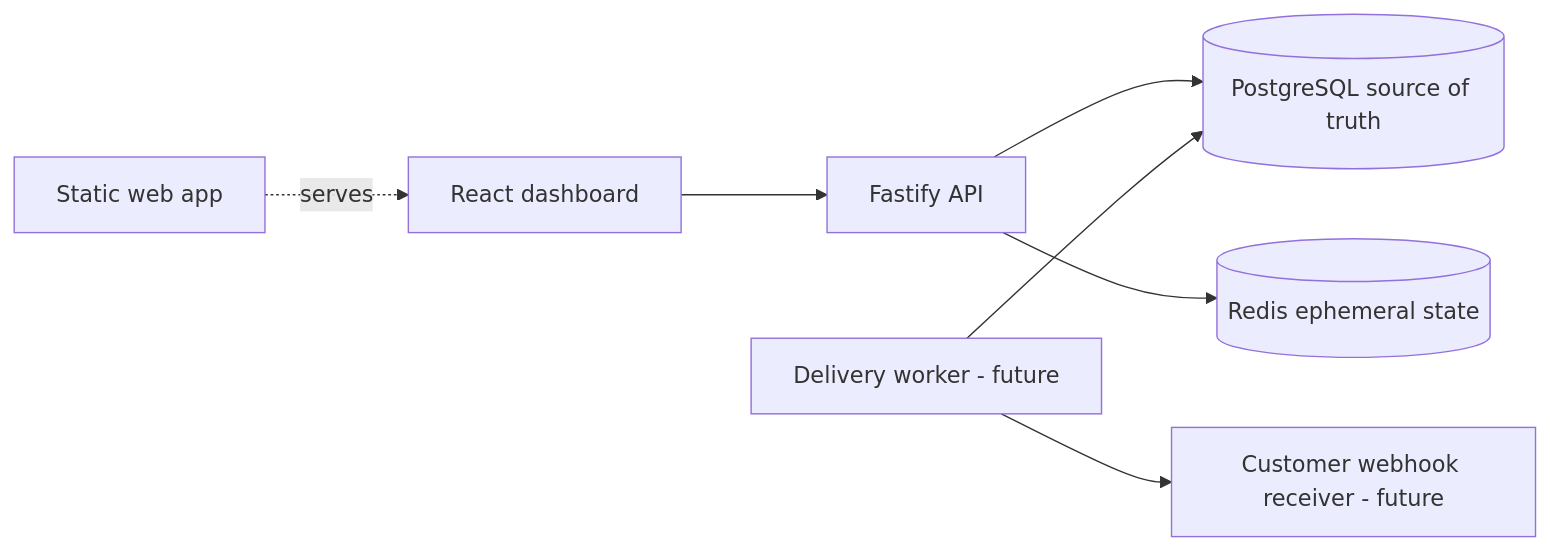
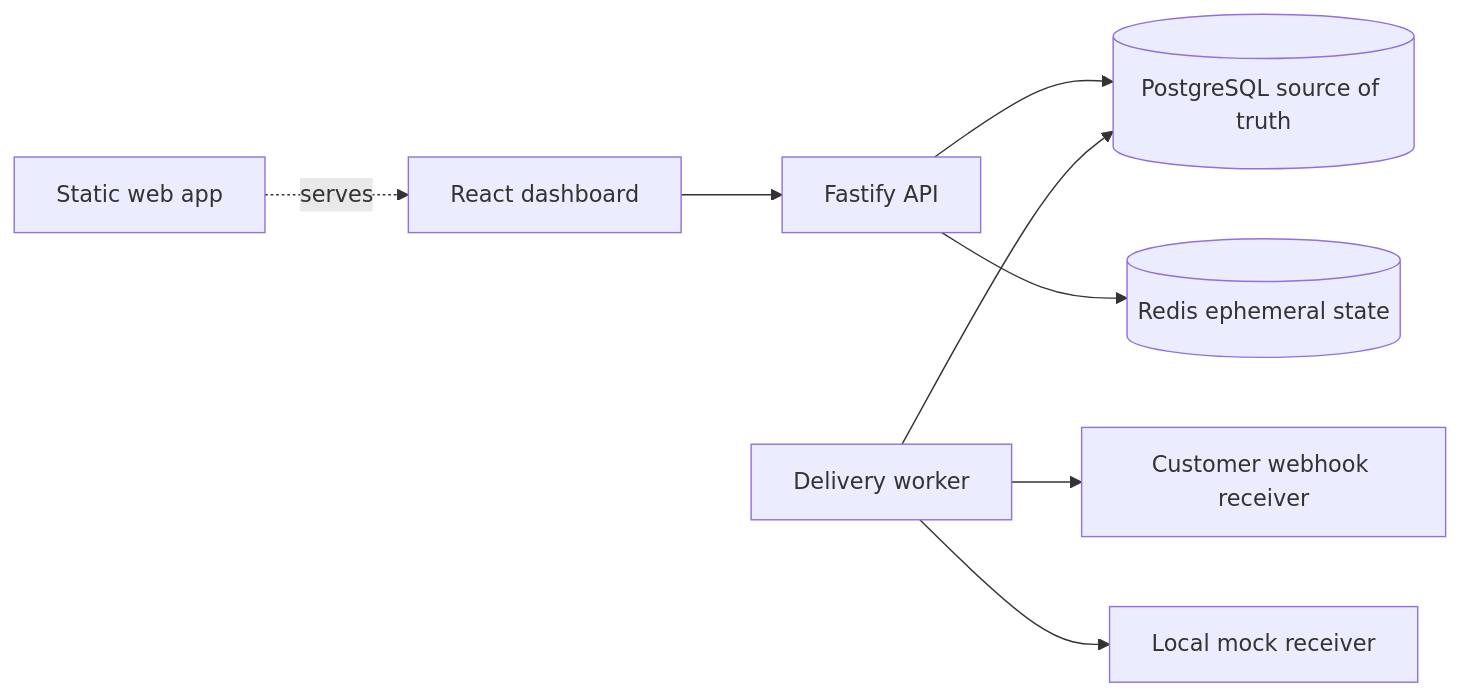
Before and after one commit to prajexec/HookForge: the first of 8 diagrams in docs/architecture/diagrams.md, drawn with Mermaid. The commit also changed other lines of this file and 51 other files, not shown here.

````diff
--- a/docs/architecture/diagrams.md
+++ b/docs/architecture/diagrams.md
@@ -9,9 +9,10 @@
 ```mermaid
 flowchart LR
   Browser[React dashboard] --> API[Fastify API]
   API --> PG[(PostgreSQL source of truth)]
   API --> Redis[(Redis ephemeral state)]
-  Worker[Delivery worker - future] --> PG
-  Worker --> Receiver[Customer webhook receiver - future]
+  Worker[Delivery worker] --> PG
+  Worker --> Receiver[Customer webhook receiver]
+  Worker --> Sandbox[Local mock receiver]
   Web[Static web app] -. serves .-> Browser
 ```
````
